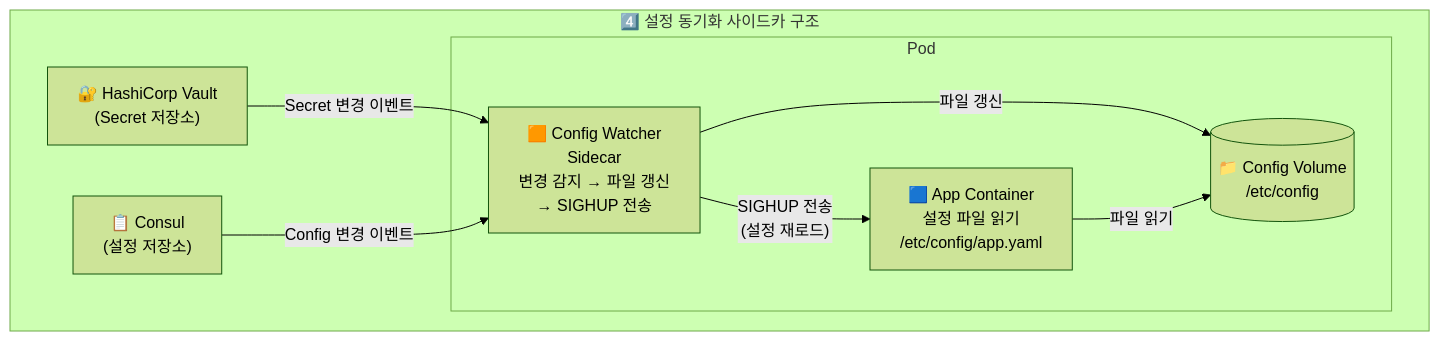
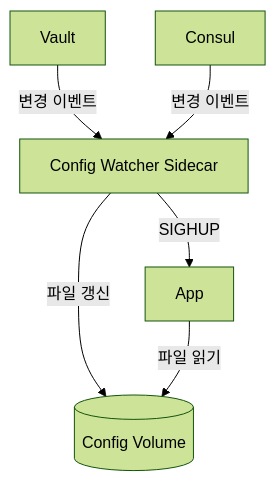
The fourth of 8 diagrams in _posts/architecture/2026-05-02-sidecar-pattern.md (yjkim2015/yjkim2015.github.io), drawn with Mermaid (forest theme) before and after one commit. The commit also changed other lines of this file and 215 other files, not shown here.

First line of the commit message:
신규 포스트 10개 추가 + Mermaid 전면 축소 + SystemDesign 시리즈 보강

````diff
--- a/_posts/architecture/2026-05-02-sidecar-pattern.md
+++ b/_posts/architecture/2026-05-02-sidecar-pattern.md
@@ -149,18 +114,8 @@
 ```mermaid
 graph TD
-    subgraph "4️⃣ 설정 동기화 사이드카 구조"
-        subgraph "Pod"
-            App["🟦 App Container\n설정 파일 읽기\n/etc/config/app.yaml"]
-            ConfigSidecar["🟧 Config Watcher\nSidecar\n변경 감지 → 파일 갱신\n→ SIGHUP 전송"]
-            ConfigVol[("📁 Config Volume\n/etc/config")]
-        end
-        Vault["🔐 HashiCorp Vault\n(Secret 저장소)"]
-        Consul["📋 Consul\n(설정 저장소)"]
-    end
-
-    Vault -- "Secret 변경 이벤트" --> ConfigSidecar
-    Consul -- "Config 변경 이벤트" --> ConfigSidecar
-    ConfigSidecar -- "파일 갱신" --> ConfigVol
-    App -- "파일 읽기" --> ConfigVol
-    ConfigSidecar -- "SIGHUP 전송\n(설정 재로드)" --> App
+    Vault["Vault"] -- 변경 이벤트 --> CS["Config Watcher Sidecar"]
+    Consul["Consul"] -- 변경 이벤트 --> CS
+    CS -- 파일 갱신 --> CV[("Config Volume")]
+    App["App"] -- 파일 읽기 --> CV
+    CS -- SIGHUP --> App
 ```
````
